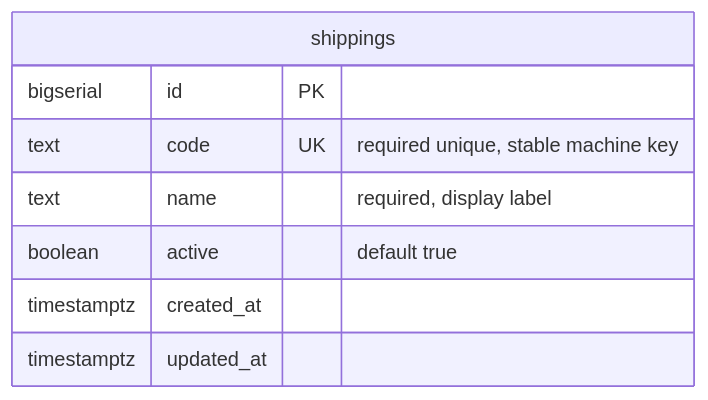
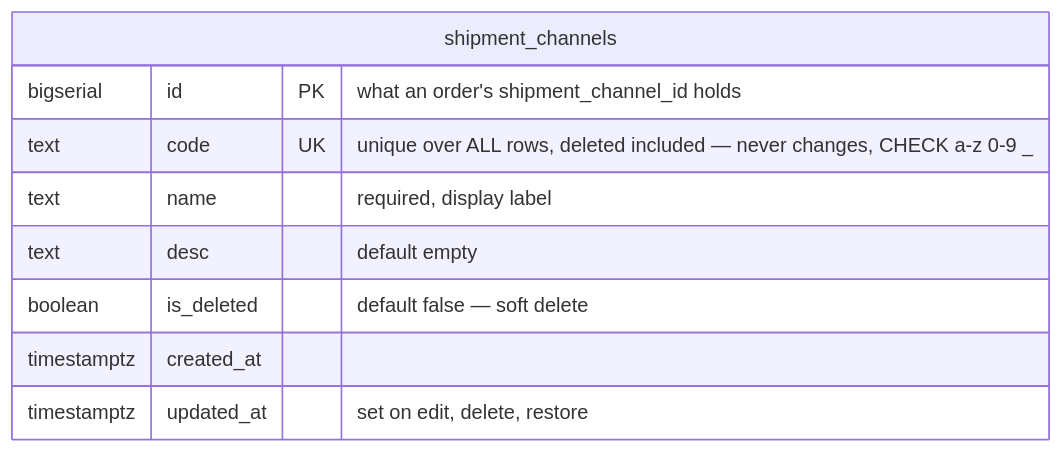
Before and after one commit to pdcgo/warehouse_revamp: the third of 14 diagrams in docs/database-schema.md, drawn with Mermaid. The commit also changed other lines of this file and 83 other files, not shown here.

````diff
--- a/docs/database-schema.md
+++ b/docs/database-schema.md
@@ -149,11 +149,12 @@
 ```mermaid
 erDiagram
-    shippings {
-        bigserial   id         PK
-        text        code       UK "required unique, stable machine key"
+    shipment_channels {
+        bigserial   id         PK "what an order's shipment_channel_id holds"
+        text        code       UK "unique over ALL rows, deleted included — never changes, CHECK a-z 0-9 _"
         text        name       "required, display label"
-        boolean     active     "default true"
+        text        desc       "default empty"
+        boolean     is_deleted "default false — soft delete"
         timestamptz created_at
-        timestamptz updated_at
+        timestamptz updated_at "set on edit, delete, restore"
     }
 ```
````
